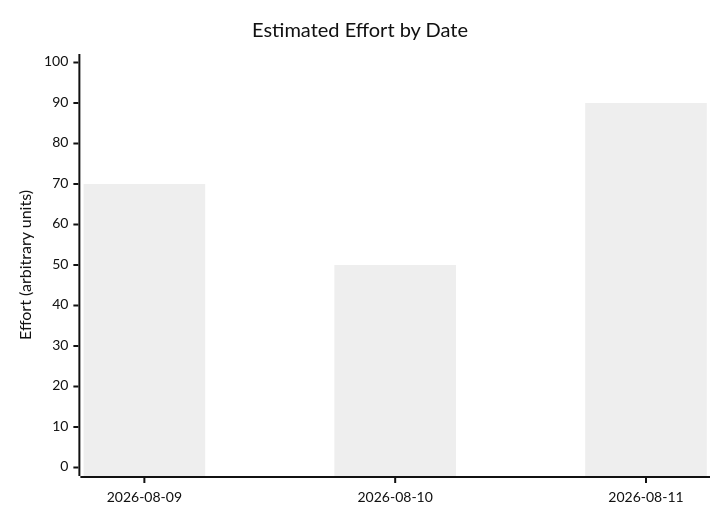
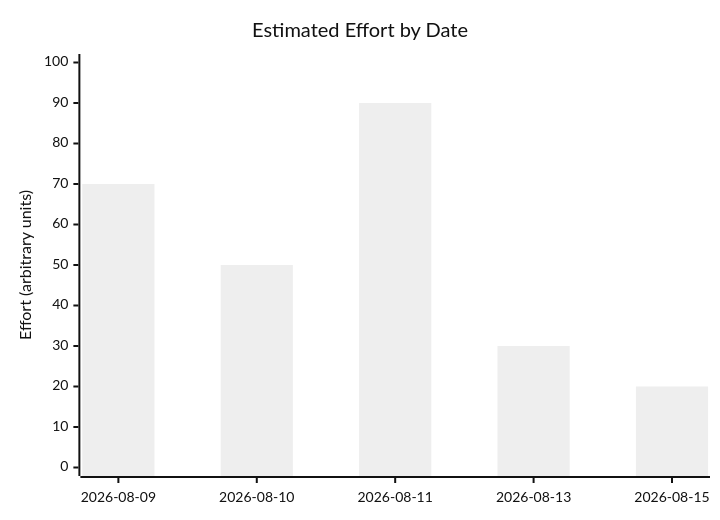
Before and after one commit to roger64s/gradagig-website: the second of 2 diagrams in docs/PROJECT_SUMMARY.md, drawn with Mermaid (neutral theme). The commit also changed other lines of this file and 1 other file, not shown here.

````diff
--- a/docs/PROJECT_SUMMARY.md
+++ b/docs/PROJECT_SUMMARY.md
@@ -29,7 +29,7 @@
 ```mermaid
 xychart-beta
     title "Estimated Effort by Date"
-    x-axis [2026-08-09, 2026-08-10, 2026-08-11]
+    x-axis [2026-08-09, 2026-08-10, 2026-08-11, 2026-08-13, 2026-08-15]
     y-axis "Effort (arbitrary units)" 0 --> 100
-    bar [70, 50, 90]
+    bar [70, 50, 90, 30, 20]
 ```
````
